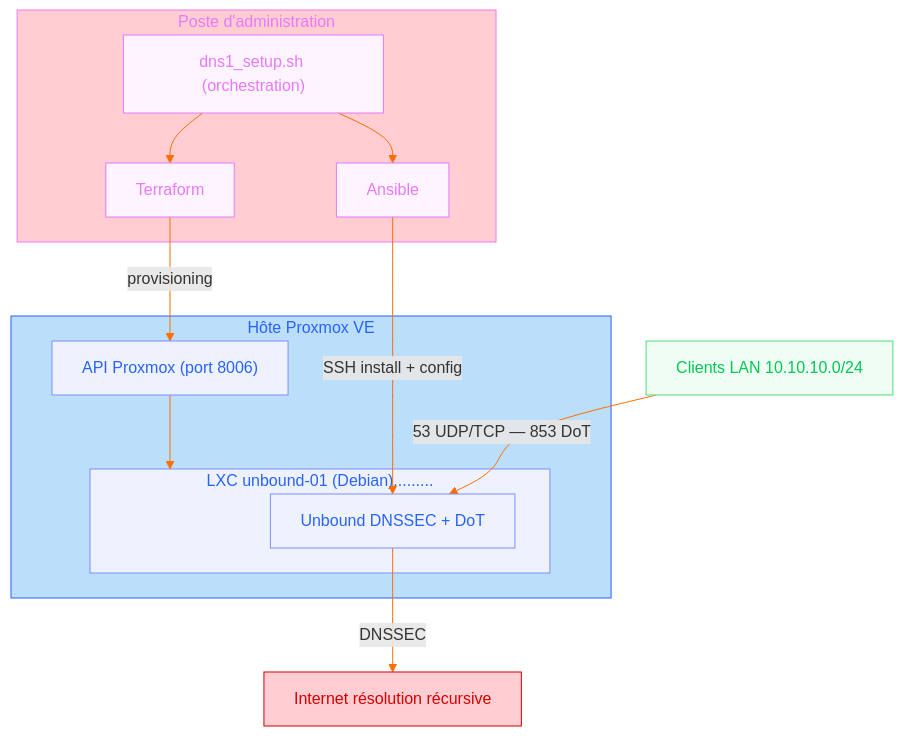
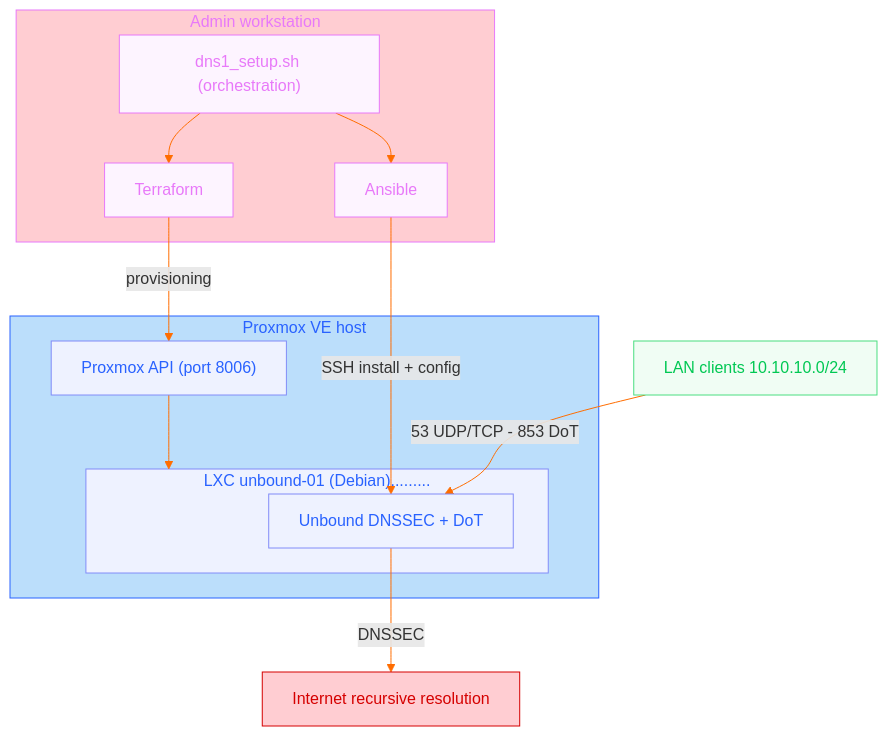
One commit to Lionel-Rousseau/proxmox-unbound-iac changed the diagram in README.md. Above: the diagram before and after it, drawn with Mermaid. The commit also changed other lines of this file, not shown here.

````diff
--- a/README.md
+++ b/README.md
@@ -53,51 +53,51 @@
 ```mermaid
 flowchart TB
- subgraph admin["Poste d'administration"]
+ subgraph admin["Admin workstation"]
         TF["Terraform"]
         AN["Ansible"]
         SH["dns1_setup.sh (orchestration)"]
   end
  subgraph lxc["LXC unbound-01 (Debian)........."]
         UB["Unbound DNSSEC + DoT"]
   end
- subgraph pve["Hôte Proxmox VE"]
-        API["API Proxmox (port 8006)"]
+ subgraph pve["Proxmox VE host"]
+        API["Proxmox API (port 8006)"]
         lxc
   end
     SH --> TF & AN
     TF -- provisioning --> API
     API --> lxc
     AN -- SSH install + config --> UB
-    CL["Clients LAN 10.10.10.0/24"] -- 53 UDP/TCP — 853 DoT --> UB
-    UB -- DNSSEC --> NET["Internet résolution récursive"]
+    CL["LAN clients 10.10.10.0/24"] -- 53 UDP/TCP - 853 DoT --> UB
+    UB -- DNSSEC --> NET["Internet recursive resolution"]
 
      TF:::admin
      AN:::admin
      SH:::admin
      UB:::host
      API:::host
      lxc:::host
      CL:::client
      NET:::net
     classDef admin fill:#fdf4ff,stroke:#e879f9
     classDef host fill:#eef2ff,stroke:#818cf8
     classDef client fill:#f0fdf4,stroke:#4ade80
     classDef net fill:#f0f9ff,stroke:#38bdf8
     style TF color:#e879f9
     style AN color:#e879f9
     style SH color:#e879f9
     style UB color:#2962FF
     style API color:#2962FF
     style lxc color:#2962FF
     style CL color:#00C853
     style NET stroke:#D50000,color:#D50000,fill:#FFCDD2
     style admin stroke:#e879f9,fill:#FFCDD2,color:#e879f9
     style pve stroke:#2962FF,fill:#BBDEFB,color:#2962FF
     linkStyle 0 stroke:#FF6D00,fill:none
     linkStyle 1 stroke:#FF6D00,fill:none
     linkStyle 2 stroke:#FF6D00,fill:none
     linkStyle 3 stroke:#FF6D00,fill:none
     linkStyle 4 stroke:#FF6D00,fill:none
     linkStyle 5 stroke:#FF6D00
     linkStyle 6 stroke:#FF6D00,fill:none
 ```
````
